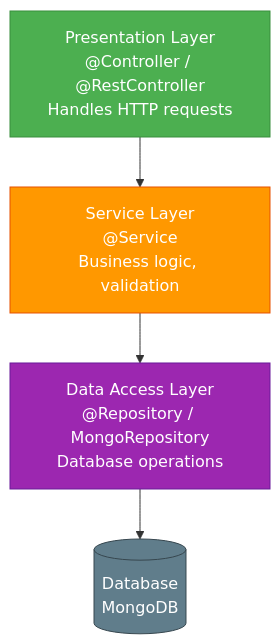
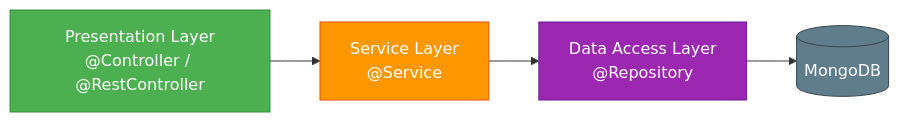
The diagram in presentations/images/sb-layers.mmd (krushiraj/spring-boot-demo), drawn with Mermaid before and after one commit. The commit also changed 3 other files, not shown here.

Commit message:
fix slide 37 - horizontal layered architecture diagram

```diff
--- a/presentations/images/sb-layers.mmd
+++ b/presentations/images/sb-layers.mmd
@@ -1,10 +1,6 @@
-flowchart TB
-    PL["Presentation Layer<br/>@Controller / @RestController<br/>Handles HTTP requests"]
-    SL["Service Layer<br/>@Service<br/>Business logic, validation"]
-    DL["Data Access Layer<br/>@Repository / MongoRepository<br/>Database operations"]
-    DB[("Database<br/>MongoDB")]
-    PL --> SL --> DL --> DB
+flowchart LR
+    PL["Presentation Layer\n@Controller / @RestController"] --> SL["Service Layer\n@Service"] --> DL["Data Access Layer\n@Repository"] --> DB[("MongoDB")]
     style PL fill:#4CAF50,color:#fff,stroke:#388E3C
     style SL fill:#FF9800,color:#fff,stroke:#E65100
     style DL fill:#9C27B0,color:#fff,stroke:#6A1B9A
     style DB fill:#607D8B,color:#fff,stroke:#37474F
```
